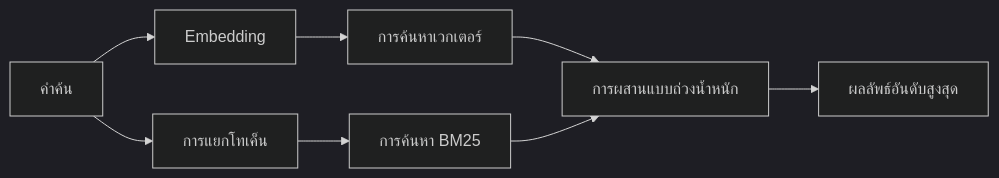
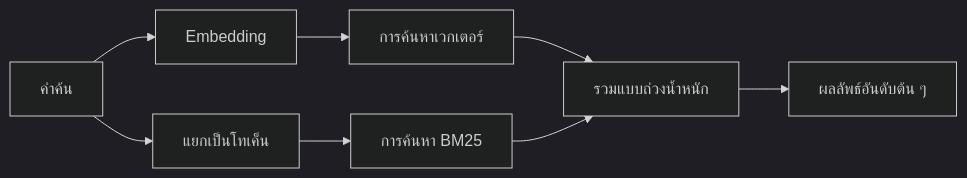
The diagram in docs/th/concepts/memory-search.md (openclaw/docs), drawn with Mermaid (dark theme) before and after one commit. The commit also changed other lines of this file and 1235 other files, not shown here.

````diff
--- a/docs/th/concepts/memory-search.md
+++ b/docs/th/concepts/memory-search.md
@@ -76,10 +79,10 @@
 ```mermaid
 flowchart LR
     Q["คำค้น"] --> E["Embedding"]
-    Q --> T["การแยกโทเค็น"]
+    Q --> T["แยกเป็นโทเค็น"]
     E --> VS["การค้นหาเวกเตอร์"]
     T --> BM["การค้นหา BM25"]
-    VS --> M["การผสานแบบถ่วงน้ำหนัก"]
+    VS --> M["รวมแบบถ่วงน้ำหนัก"]
     BM --> M
-    M --> R["ผลลัพธ์อันดับสูงสุด"]
+    M --> R["ผลลัพธ์อันดับต้น ๆ"]
 ```
````
